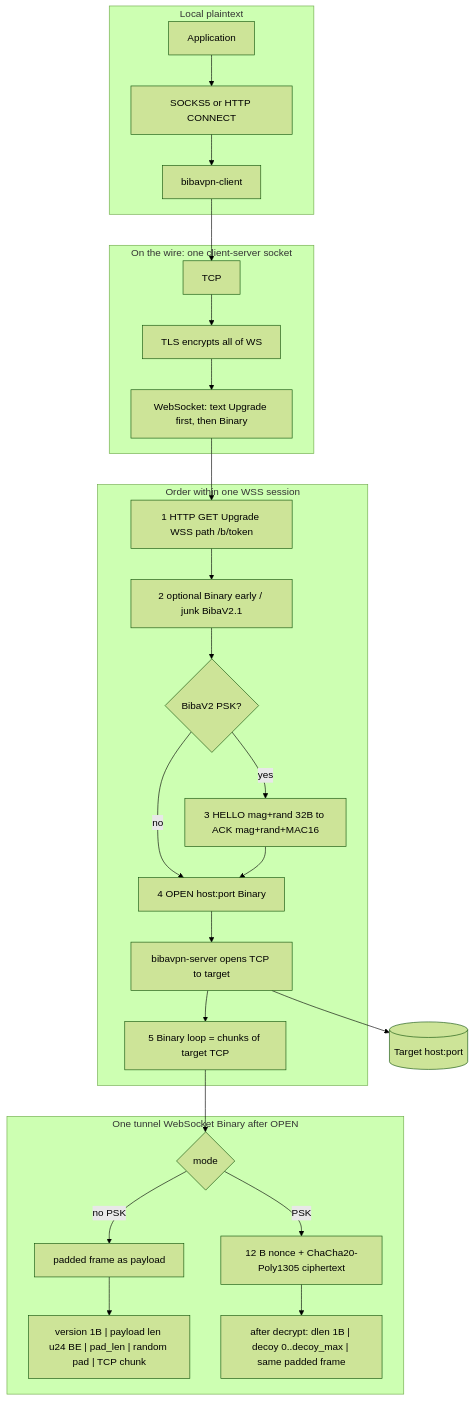
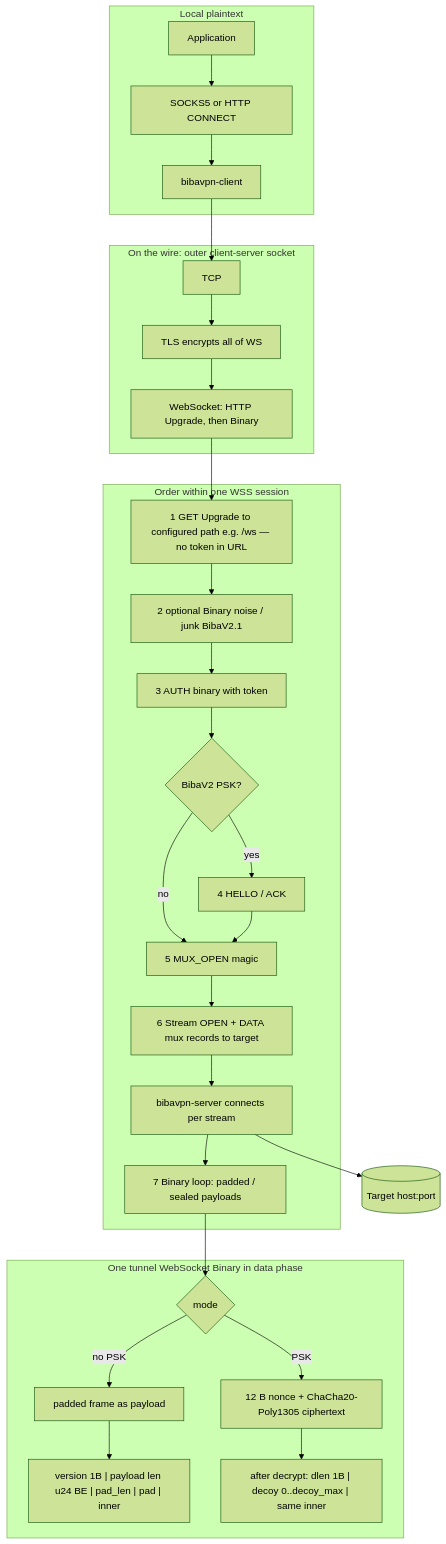
Before and after one commit to Eljaja/BibaVPN: the third of 3 diagrams in README.md, drawn with Mermaid (forest theme). The commit also changed other lines of this file and 21 other files, not shown here.

````diff
--- a/README.md
+++ b/README.md
@@ -200,33 +203,35 @@
 ```mermaid
 flowchart TB
   subgraph loc [Local plaintext]
     APP[Application] --> PX[SOCKS5 or HTTP CONNECT] --> CL[bibavpn-client]
   end
 
-  subgraph wire [On the wire: one client-server socket]
+  subgraph wire [On the wire: outer client-server socket]
     CL --> TCP[TCP]
     TCP --> TLS[TLS encrypts all of WS]
-    TLS --> WFR[WebSocket: text Upgrade first, then Binary]
+    TLS --> WFR[WebSocket: HTTP Upgrade, then Binary]
   end
 
   subgraph setup [Order within one WSS session]
-    WFR --> U[1 HTTP GET Upgrade WSS path /b/token]
-    U --> N[2 optional Binary early / junk BibaV2.1]
-    N --> Q{BibaV2 PSK?}
-    Q -->|yes| HA[3 HELLO mag+rand 32B to ACK mag+rand+MAC16]
-    Q -->|no| OP
-    HA --> OP[4 OPEN host:port Binary]
-    OP --> SV[bibavpn-server opens TCP to target]
-    SV --> LOOP[5 Binary loop = chunks of target TCP]
+    WFR --> U[1 GET Upgrade to configured path e.g. /ws — no token in URL]
+    U --> N[2 optional Binary noise / junk BibaV2.1]
+    N --> AU[3 AUTH binary with token]
+    AU --> Q{BibaV2 PSK?}
+    Q -->|yes| HA[4 HELLO / ACK]
+    Q -->|no| MX
+    HA --> MX[5 MUX_OPEN magic]
+    MX --> ST[6 Stream OPEN + DATA mux records to target]
+    ST --> SV[bibavpn-server connects per stream]
+    SV --> LOOP[7 Binary loop: padded / sealed payloads]
   end
 
-  subgraph payload [One tunnel WebSocket Binary after OPEN]
+  subgraph payload [One tunnel WebSocket Binary in data phase]
     LOOP --> R{mode}
     R -->|no PSK| PF[padded frame as payload]
     R -->|PSK| AE[12 B nonce + ChaCha20-Poly1305 ciphertext]
-    PF --> PF1["version 1B | payload len u24 BE | pad_len | random pad | TCP chunk"]
-    AE --> AE1["after decrypt: dlen 1B | decoy 0..decoy_max | same padded frame"]
+    PF --> PF1["version 1B | payload len u24 BE | pad_len | pad | inner"]
+    AE --> AE1["after decrypt: dlen 1B | decoy 0..decoy_max | same inner"]
   end
 
   SV --> DST[(Target host:port)]
 ```
````
